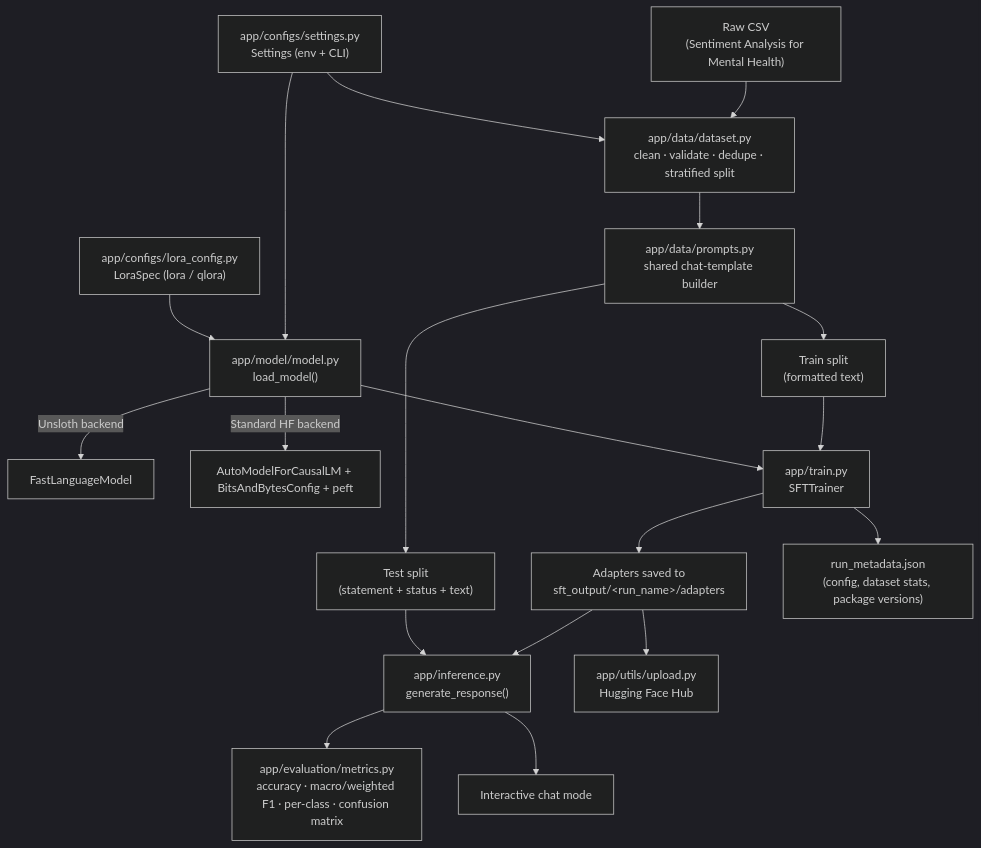
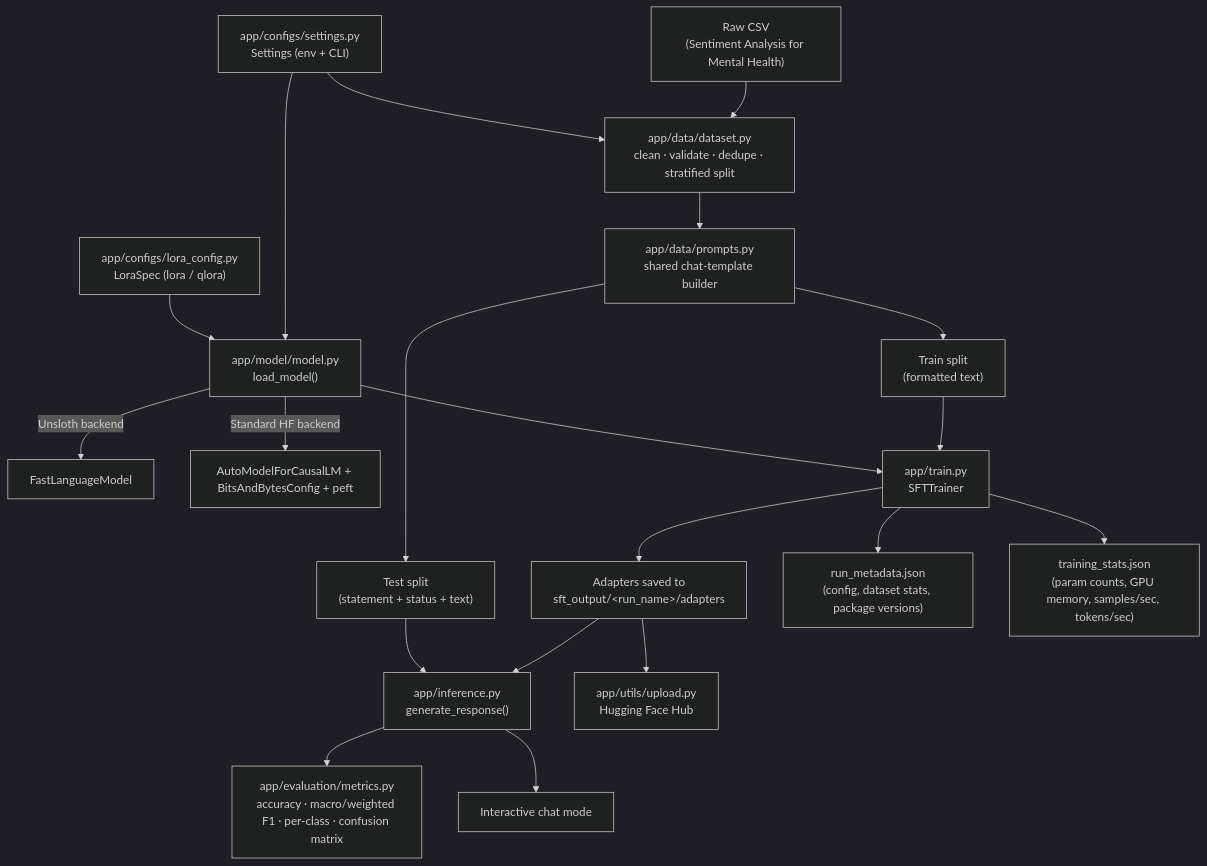
One commit to akshattiwary51-akt/fine-tuning-LLMs changed the diagram in README.md. Above: the diagram before and after it, drawn with Mermaid (dark theme). The commit also changed other lines of this file and 19 other files, not shown here.

````diff
--- a/README.md
+++ b/README.md
@@ -29,26 +29,27 @@
 ```mermaid
 flowchart TD
     A["Raw CSV<br/>(Sentiment Analysis for Mental Health)"] --> B["app/data/dataset.py<br/>clean · validate · dedupe · stratified split"]
     B --> C["app/data/prompts.py<br/>shared chat-template builder"]
     C --> D["Train split<br/>(formatted text)"]
     C --> E["Test split<br/>(statement + status + text)"]
 
     F["app/configs/settings.py<br/>Settings (env + CLI)"] --> G["app/model/model.py<br/>load_model()"]
     F --> B
     H["app/configs/lora_config.py<br/>LoraSpec (lora / qlora)"] --> G
 
     G -->|"Unsloth backend"| I["FastLanguageModel"]
     G -->|"Standard HF backend"| J["AutoModelForCausalLM + BitsAndBytesConfig + peft"]
 
     D --> K["app/train.py<br/>SFTTrainer"]
     G --> K
     K --> L["Adapters saved to<br/>sft_output/&lt;run_name&gt;/adapters"]
     K --> M["run_metadata.json<br/>(config, dataset stats, package versions)"]
+    K --> M2["training_stats.json<br/>(param counts, GPU memory, samples/sec, tokens/sec)"]
 
     L --> N["app/inference.py<br/>generate_response()"]
     E --> N
     N --> O["app/evaluation/metrics.py<br/>accuracy · macro/weighted F1 · per-class · confusion matrix"]
     N --> P["Interactive chat mode"]
 
     L --> Q["app/utils/upload.py<br/>Hugging Face Hub"]
 ```
````
